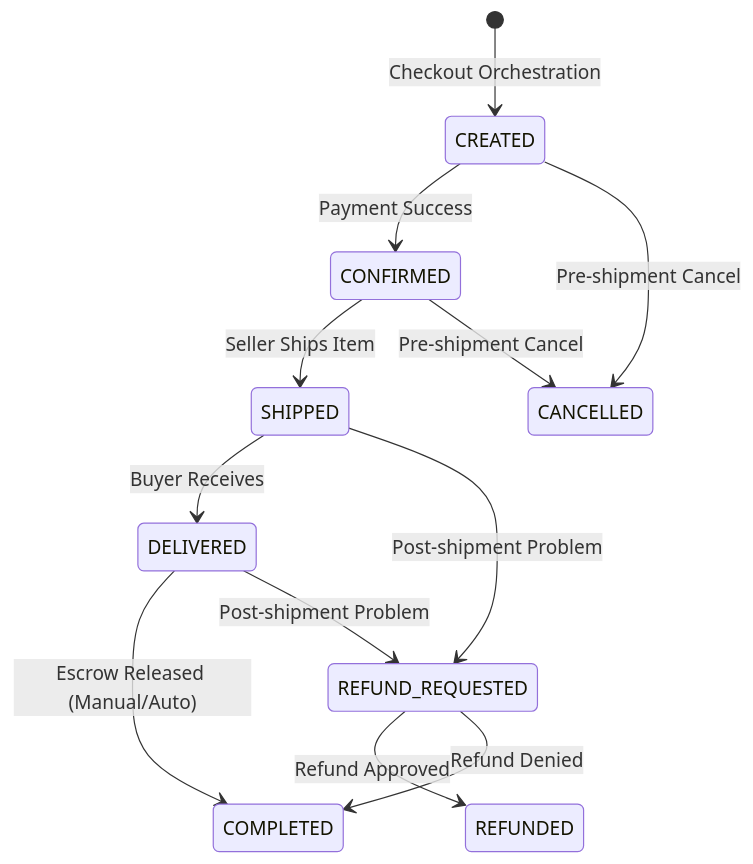
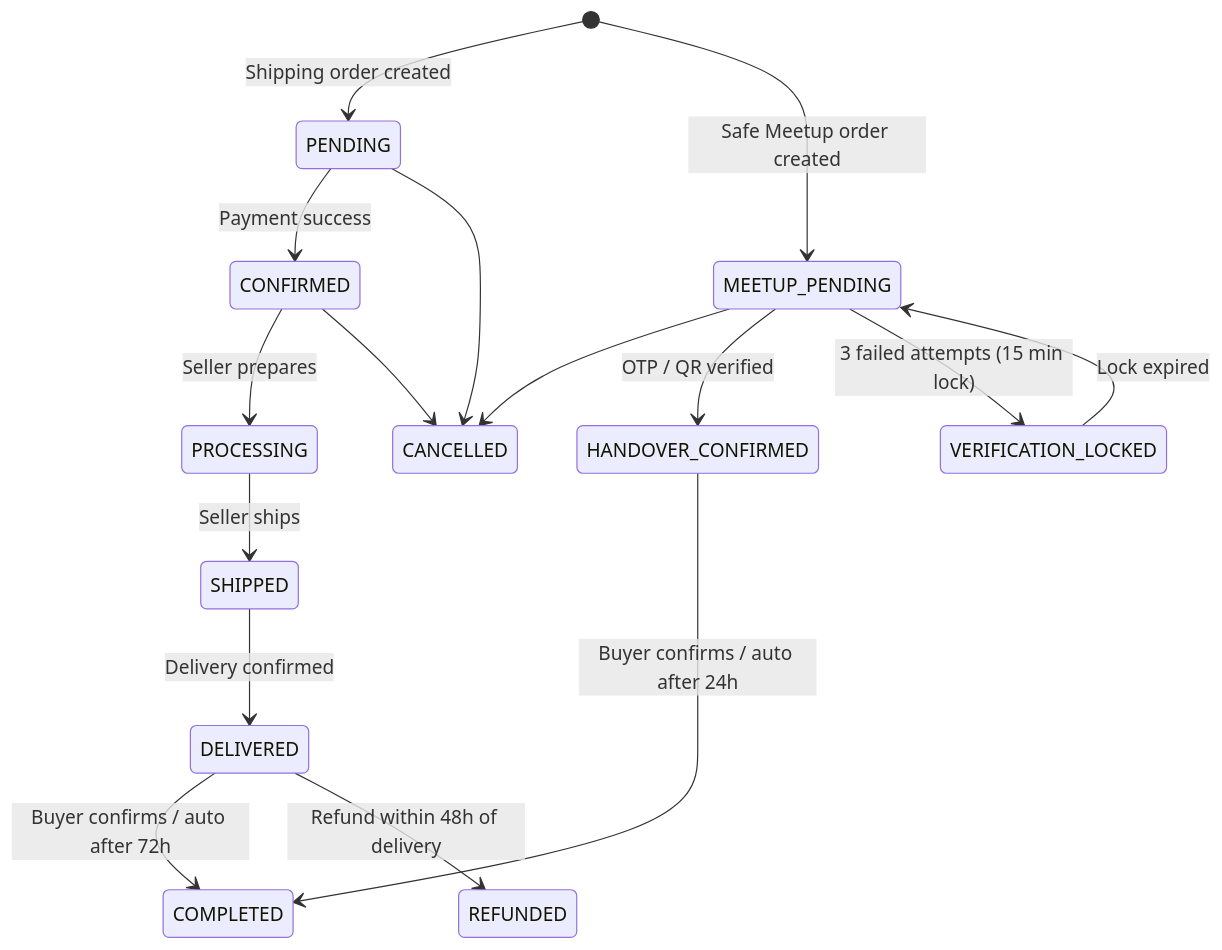
The diagram in src/main/java/com/serhat/secondhand/order/README.md (Shyesilbas/secondHand), drawn with Mermaid before and after one commit. The commit also changed other lines of this file and 611 other files, not shown here.

````diff
--- a/src/main/java/com/serhat/secondhand/order/README.md
+++ b/src/main/java/com/serhat/secondhand/order/README.md
@@ -21,16 +21,20 @@
 ```mermaid
 stateDiagram-v2
-    [*] --> CREATED: Checkout Orchestration
-    CREATED --> CONFIRMED: Payment Success
-    CONFIRMED --> SHIPPED: Seller Ships Item
-    SHIPPED --> DELIVERED: Buyer Receives
-    DELIVERED --> COMPLETED: Escrow Released (Manual/Auto)
-    
-    CREATED --> CANCELLED: Pre-shipment Cancel
-    CONFIRMED --> CANCELLED: Pre-shipment Cancel
-    
-    SHIPPED --> REFUND_REQUESTED: Post-shipment Problem
-    DELIVERED --> REFUND_REQUESTED: Post-shipment Problem
-    REFUND_REQUESTED --> REFUNDED: Refund Approved
-    REFUND_REQUESTED --> COMPLETED: Refund Denied
+    [*] --> PENDING: Shipping order created
+    [*] --> MEETUP_PENDING: Safe Meetup order created
+    PENDING --> CONFIRMED: Payment success
+    CONFIRMED --> PROCESSING: Seller prepares
+    PROCESSING --> SHIPPED: Seller ships
+    SHIPPED --> DELIVERED: Delivery confirmed
+    DELIVERED --> COMPLETED: Buyer confirms / auto after 72h
+    DELIVERED --> REFUNDED: Refund within 48h of delivery
+
+    PENDING --> CANCELLED
+    CONFIRMED --> CANCELLED
+    MEETUP_PENDING --> CANCELLED
+
+    MEETUP_PENDING --> HANDOVER_CONFIRMED: OTP / QR verified
+    MEETUP_PENDING --> VERIFICATION_LOCKED: 3 failed attempts (15 min lock)
+    VERIFICATION_LOCKED --> MEETUP_PENDING: Lock expired
+    HANDOVER_CONFIRMED --> COMPLETED: Buyer confirms / auto after 24h
 ```
````
